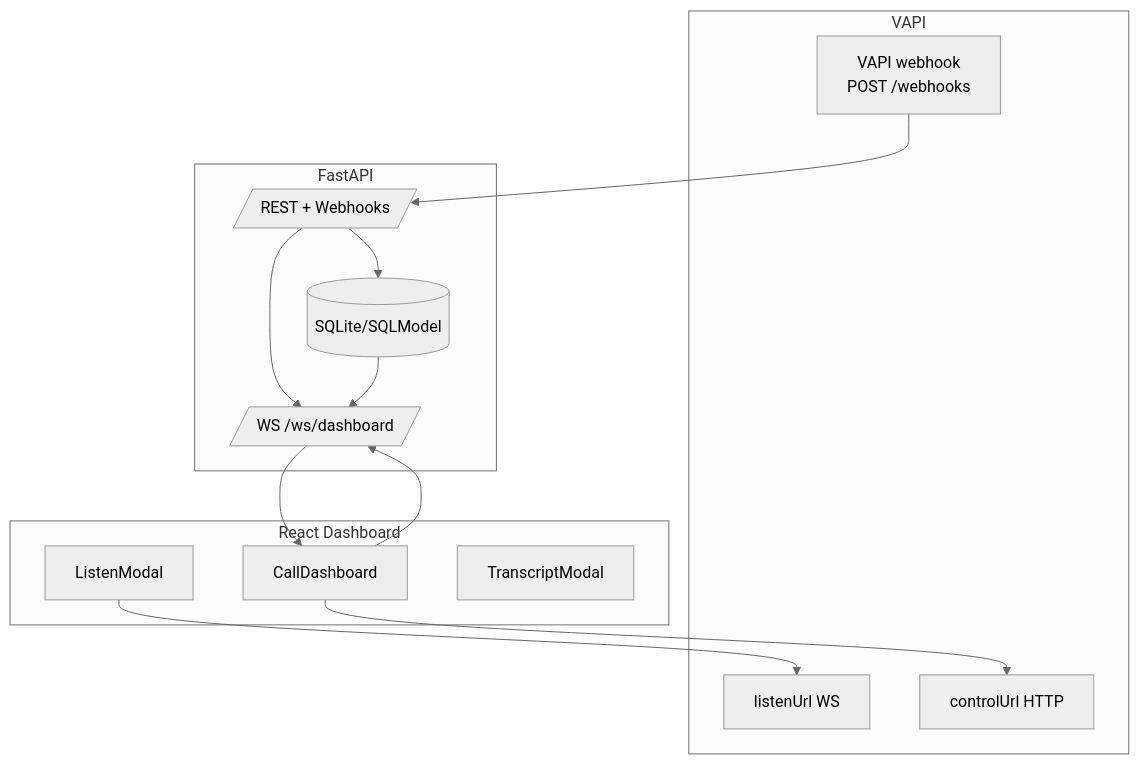
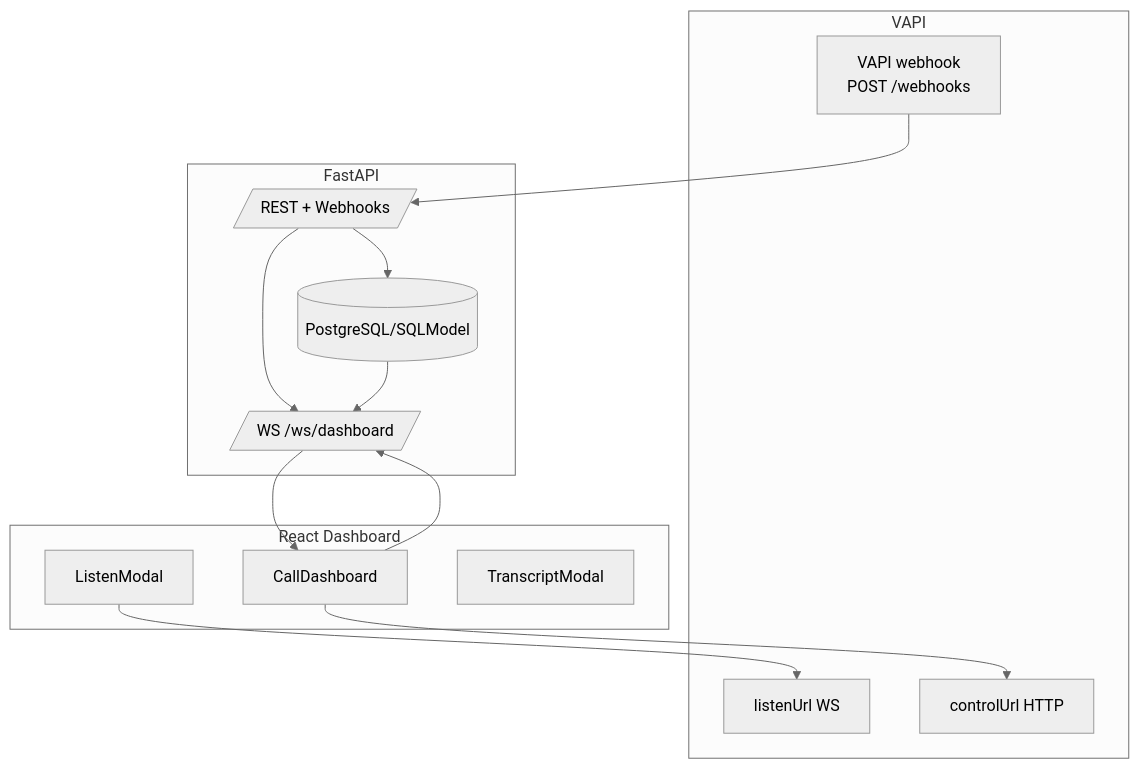
Before and after one commit to ronaks2309/fe-inbound-panel: the first of 4 diagrams in readme.md, drawn with Mermaid (neutral theme). The commit also changed other lines of this file and 5 other files, not shown here.

````diff
--- a/readme.md
+++ b/readme.md
@@ -211,29 +211,29 @@
 ```mermaid
 flowchart TD
   subgraph VAPI
     WB["VAPI webhook\nPOST /webhooks"]
     LS["listenUrl WS"]
     CTL["controlUrl HTTP"]
   end
 
   subgraph Backend[FastAPI]
     API[/REST + Webhooks/]
     WS[/WS /ws/dashboard/]
-    DB[(SQLite/SQLModel)]
+    DB[(PostgreSQL/SQLModel)]
   end
 
   subgraph Frontend[React Dashboard]
     UI[CallDashboard]
     LModal[ListenModal]
     TModal[TranscriptModal]
   end
 
   WB --> API
   API --> DB
   API --> WS
   DB --> WS
   WS --> UI
   UI --> WS
   LModal --> LS
   UI --> CTL
 ```
````
